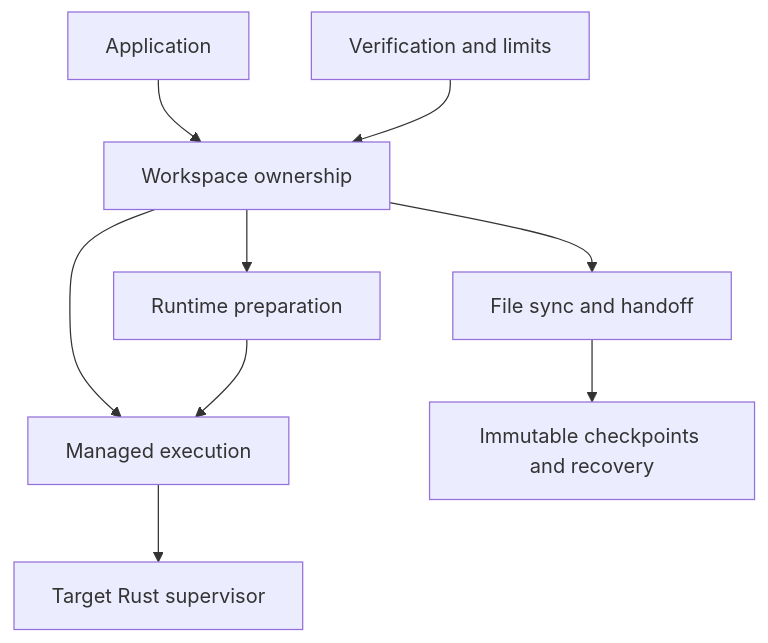
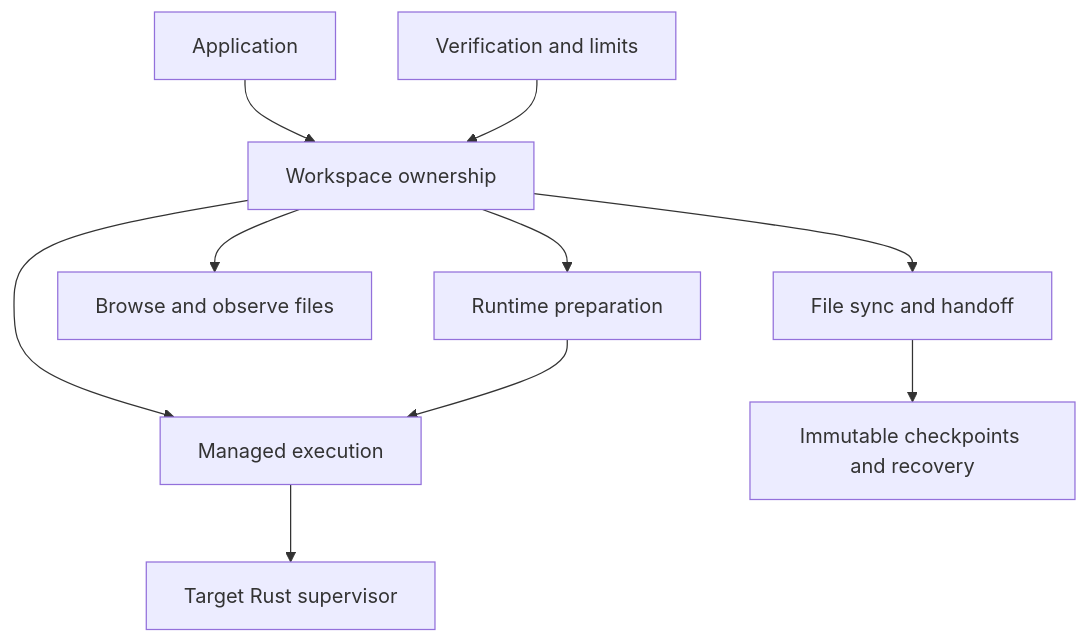
Before and after one commit to nessalabs/workspace-sdk: the diagram in docs/state/README.md, drawn with Mermaid. The commit also changed other lines of this file and 14 other files, not shown here.

````diff
--- a/docs/state/README.md
+++ b/docs/state/README.md
@@ -23,11 +24,12 @@
 ```mermaid
 flowchart TD
     App[Application] --> Workspace[Workspace ownership]
     Workspace --> Execution[Managed execution]
     Workspace --> Sync[File sync and handoff]
+    Workspace --> Files[Browse and observe files]
     Workspace --> Preparation[Runtime preparation]
     Preparation --> Execution
     Execution --> Supervisor[Target Rust supervisor]
     Sync --> Checkpoints[Immutable checkpoints and recovery]
     Evidence[Verification and limits] --> Workspace
 ```
````
